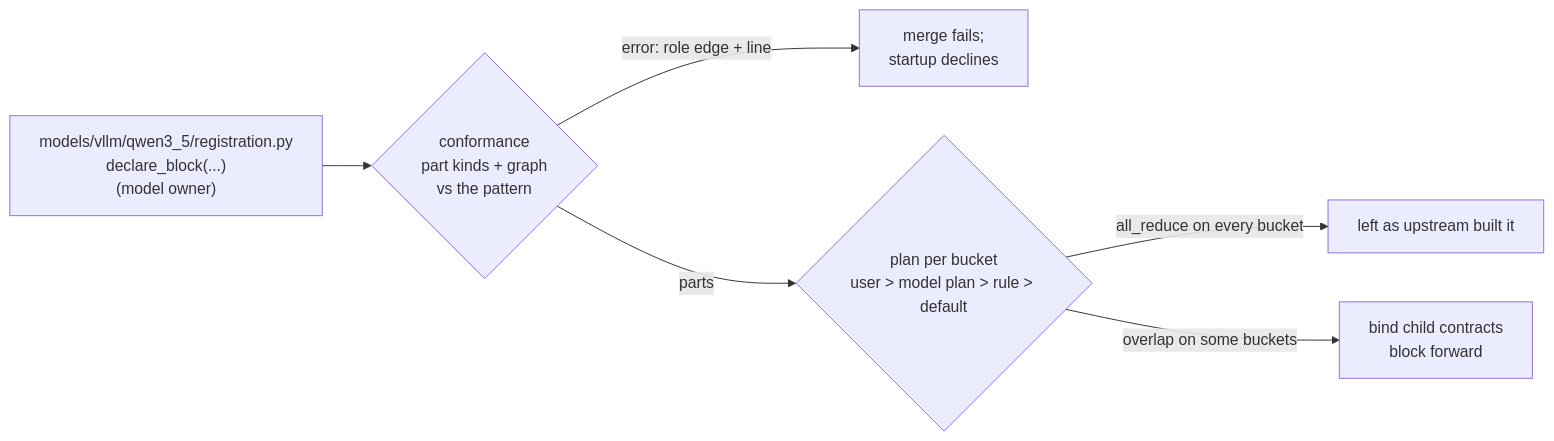
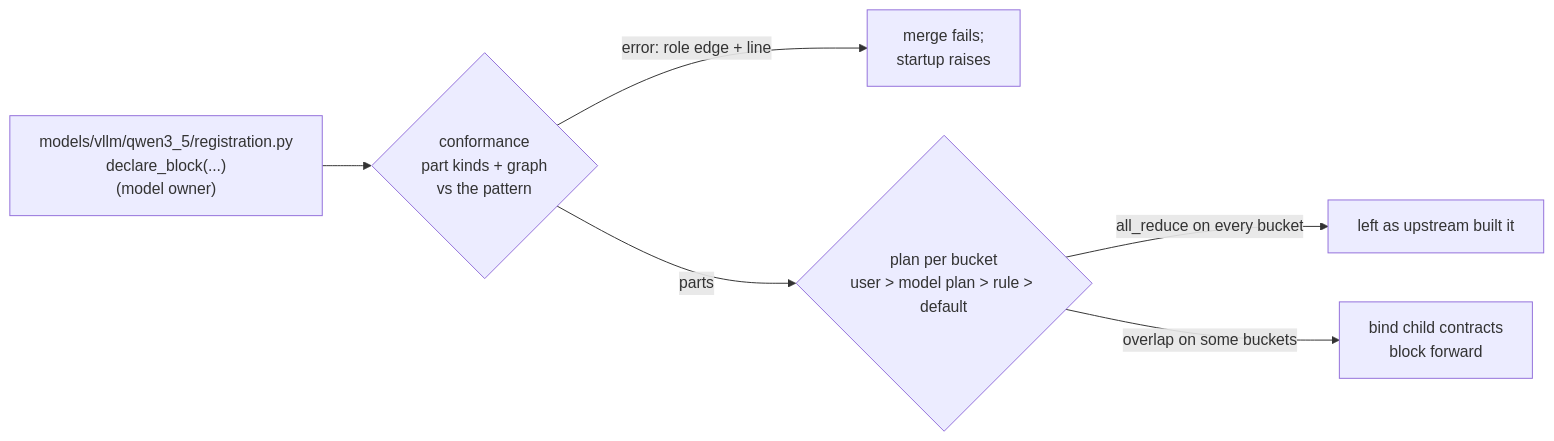
Before and after one commit to kyuyeunk/vllm-torchtpu: the diagram in prototype/README.md, drawn with Mermaid. The commit also changed other lines of this file and 3 other files, not shown here.

First line of the commit message:
[Prototype] Declared blocks: a mismatch raises at startup

````diff
--- a/prototype/README.md
+++ b/prototype/README.md
@@ -40,8 +40,8 @@
 ```mermaid
 flowchart LR
   D["models/vllm/qwen3_5/registration.py<br/>declare_block(...)<br/>(model owner)"] --> C{"conformance<br/>part kinds + graph<br/>vs the pattern"}
-  C -->|error: role edge + line| X["merge fails;<br/>startup declines"]
+  C -->|error: role edge + line| X["merge fails;<br/>startup raises"]
   C -->|parts| R{"plan per bucket<br/>user > model plan > rule > default"}
   R -->|all_reduce on every bucket| U["left as upstream built it"]
   R -->|overlap on some buckets| B["bind child contracts<br/>block forward"]
 ```
````
